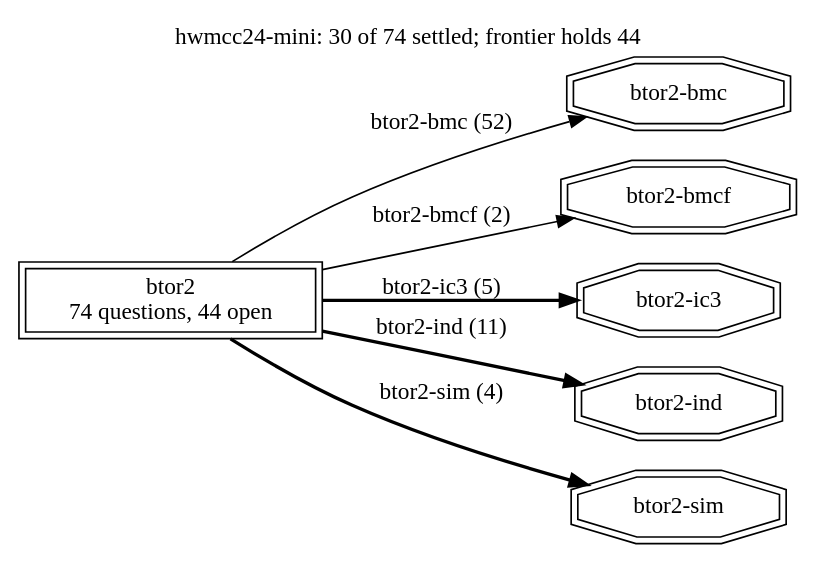
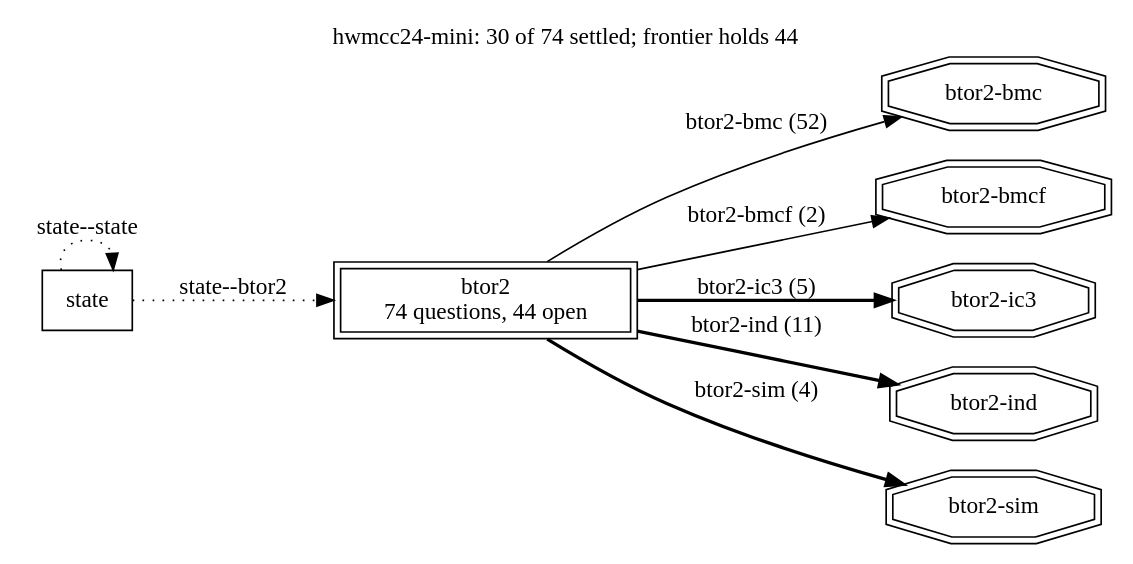
One commit to cksystemsgroup/hurdy-gurdy changed the diagram in runs/hwmcc24-mini/frontier.dot. Above: the diagram before and after it, drawn with Graphviz. The commit also changed 56 other files, not shown here.

```diff
--- a/runs/hwmcc24-mini/frontier.dot
+++ b/runs/hwmcc24-mini/frontier.dot
@@ -1,16 +1,19 @@
 digraph "hwmcc24-mini" {
   rankdir=LR; labelloc=t;
   label="hwmcc24-mini: 30 of 74 settled; frontier holds 44";
   node [shape=box];
   "btor2" [peripheries=2, label="btor2\n74 questions, 44 open"];
+  "state";
+  "state" -> "btor2" [style=dotted, label="state--btor2"];
+  "state" -> "state" [style=dotted, label="state--state"];
   "terminal:btor2-bmc" [shape=doubleoctagon, label="btor2-bmc"];
   "btor2" -> "terminal:btor2-bmc" [style=solid, label="btor2-bmc (52)"];
   "terminal:btor2-bmcf" [shape=doubleoctagon, label="btor2-bmcf"];
   "btor2" -> "terminal:btor2-bmcf" [style=solid, label="btor2-bmcf (2)"];
   "terminal:btor2-ic3" [shape=doubleoctagon, label="btor2-ic3"];
   "btor2" -> "terminal:btor2-ic3" [style=bold, label="btor2-ic3 (5)"];
   "terminal:btor2-ind" [shape=doubleoctagon, label="btor2-ind"];
   "btor2" -> "terminal:btor2-ind" [style=bold, label="btor2-ind (11)"];
   "terminal:btor2-sim" [shape=doubleoctagon, label="btor2-sim"];
   "btor2" -> "terminal:btor2-sim" [style=bold, label="btor2-sim (4)"];
 }
```
